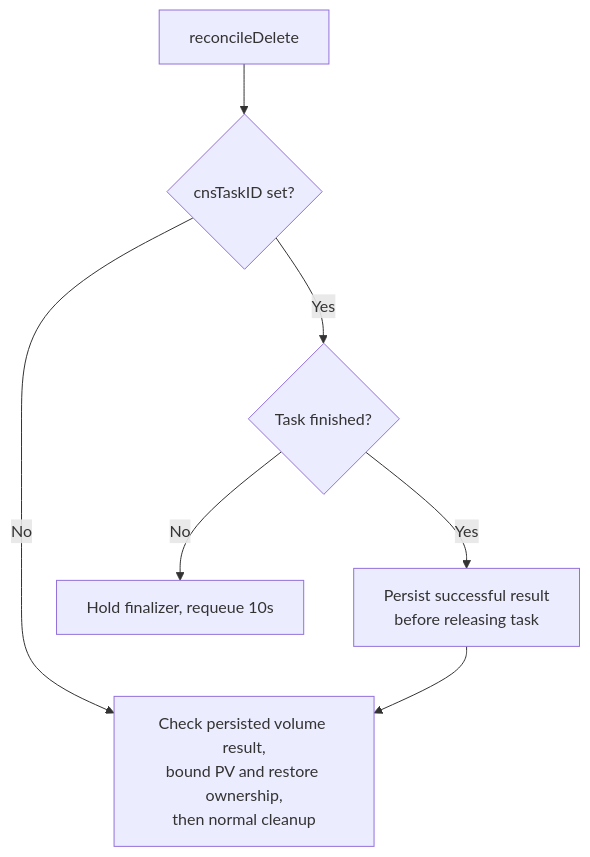
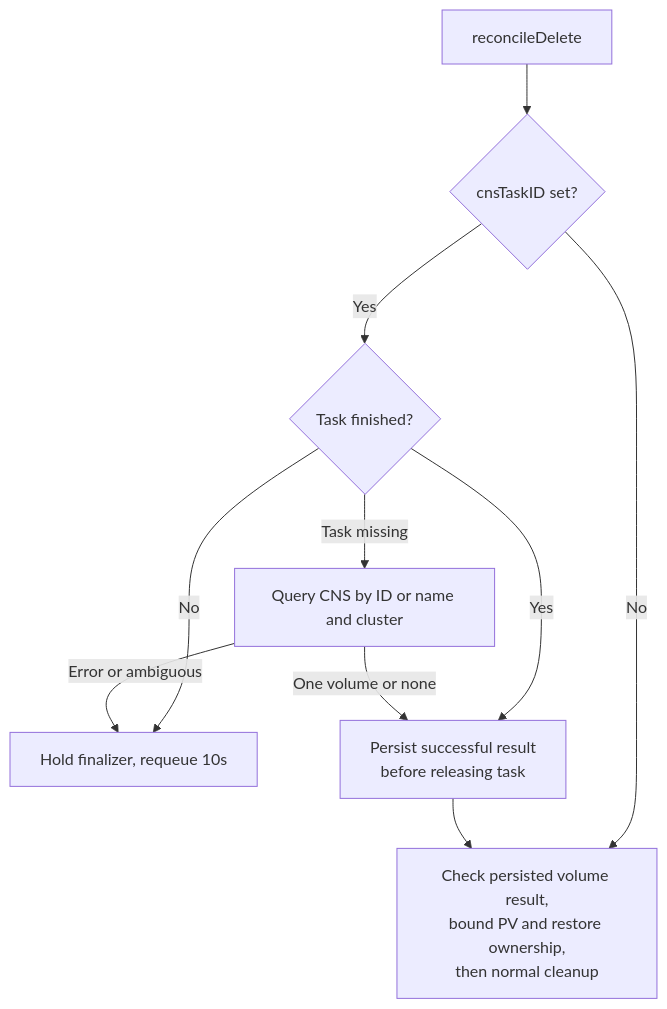
One commit to kubernetes-sigs/vsphere-csi-driver changed the seventh of 7 diagrams in spec/UBMCNS-2482/design.md. Above: the diagram before and after it, drawn with Mermaid. The commit also changed other lines of this file and 5 other files, not shown here.

Commit message:
Fix async volume registration task recovery

````diff
--- a/spec/UBMCNS-2482/design.md
+++ b/spec/UBMCNS-2482/design.md
@@ -576,9 +593,12 @@
 ```mermaid
 flowchart TD
     D["reconcileDelete"] --> T{"cnsTaskID set?"}
     T -->|No| N["Check persisted volume result,<br/>bound PV and restore ownership,<br/>then normal cleanup"]
     T -->|Yes| O{"Task finished?"}
     O -->|No| H["Hold finalizer, requeue 10s"]
     O -->|Yes| C["Persist successful result<br/>before releasing task"]
+    O -->|"Task missing"| Q["Query CNS by ID or name and cluster"]
+    Q -->|"One volume or none"| C
+    Q -->|"Error or ambiguous"| H
     C --> N
 ```
````
